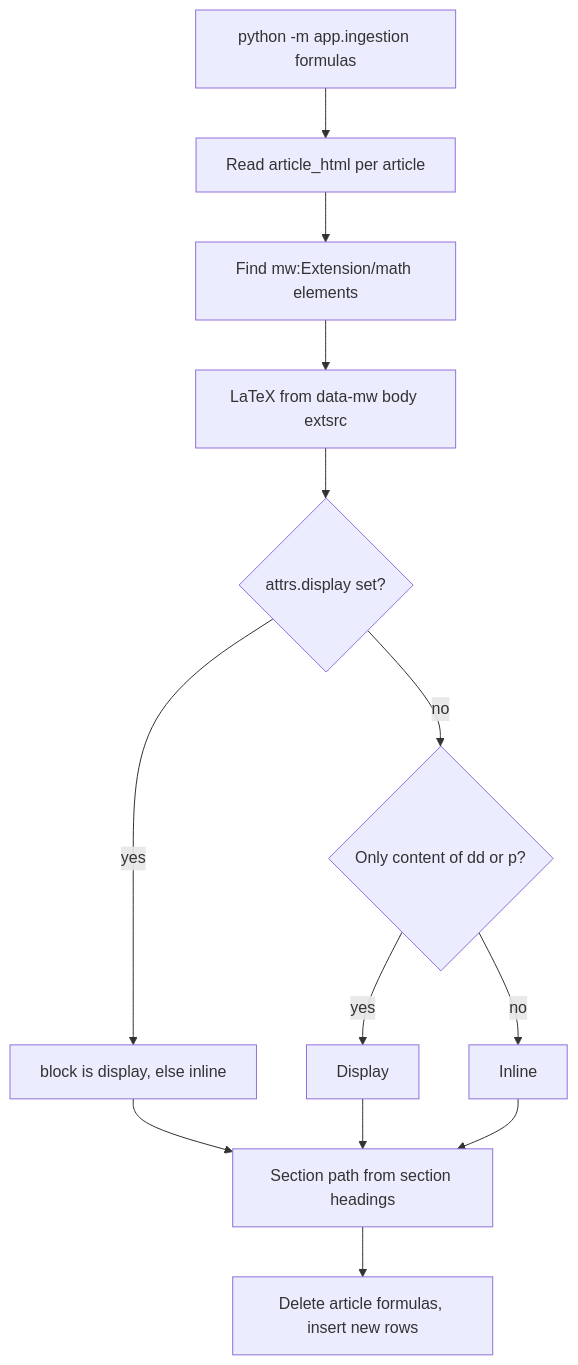
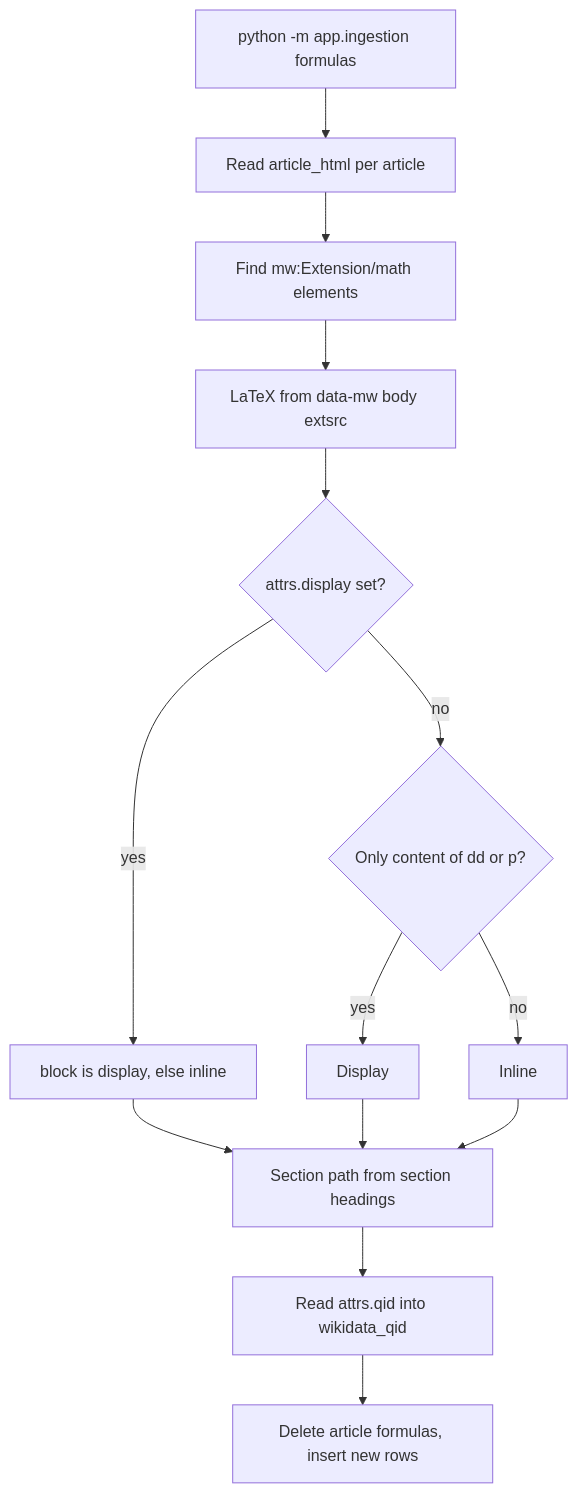
One commit to tudorciobanu99/momentum changed the diagram in docs/flows/ingestion-formulas.md. Above: the diagram before and after it, drawn with Mermaid. The commit also changed 18 other files, not shown here.

````diff
--- a/docs/flows/ingestion-formulas.md
+++ b/docs/flows/ingestion-formulas.md
@@ -3,15 +3,16 @@
 ```mermaid
 flowchart TD
     A[python -m app.ingestion formulas] --> B[Read article_html per article]
     B --> C[Find mw:Extension/math elements]
     C --> D[LaTeX from data-mw body extsrc]
     D --> E{attrs.display set?}
     E -- yes --> F[block is display, else inline]
     E -- no --> G{Only content of dd or p?}
     G -- yes --> H[Display]
     G -- no --> I[Inline]
     F --> J[Section path from section headings]
     H --> J
     I --> J
-    J --> K[Delete article formulas, insert new rows]
+    J --> Q[Read attrs.qid into wikidata_qid]
+    Q --> K[Delete article formulas, insert new rows]
 ```
````
